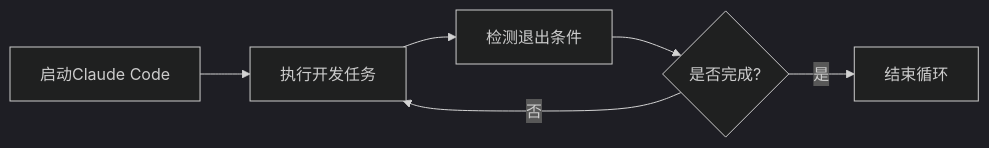
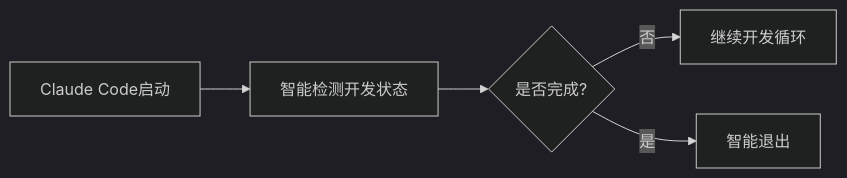
One commit to wayyoungboy/github-trending-reporter changed the second of 11 diagrams in reports/2026/01/2026-01-12.md. Above: the diagram before and after it, drawn with Mermaid (dark theme). The commit also changed other lines of this file and 1 other file, not shown here.

````diff
--- a/reports/2026/01/2026-01-12.md
+++ b/reports/2026/01/2026-01-12.md
@@ -112,8 +110,7 @@
 ```mermaid
 graph LR
-    A[启动Claude Code] --> B[执行开发任务]
-    B --> C[检测退出条件]
-    C --> D{是否完成?}
-    D -- 是 --> E[结束循环]
-    D -- 否 --> B
+    A[Claude Code启动] --> B[智能检测开发状态]
+    B --> C{是否完成?}
+    C -->|否| D[继续开发循环]
+    C -->|是| E[智能退出]
 ```
````
